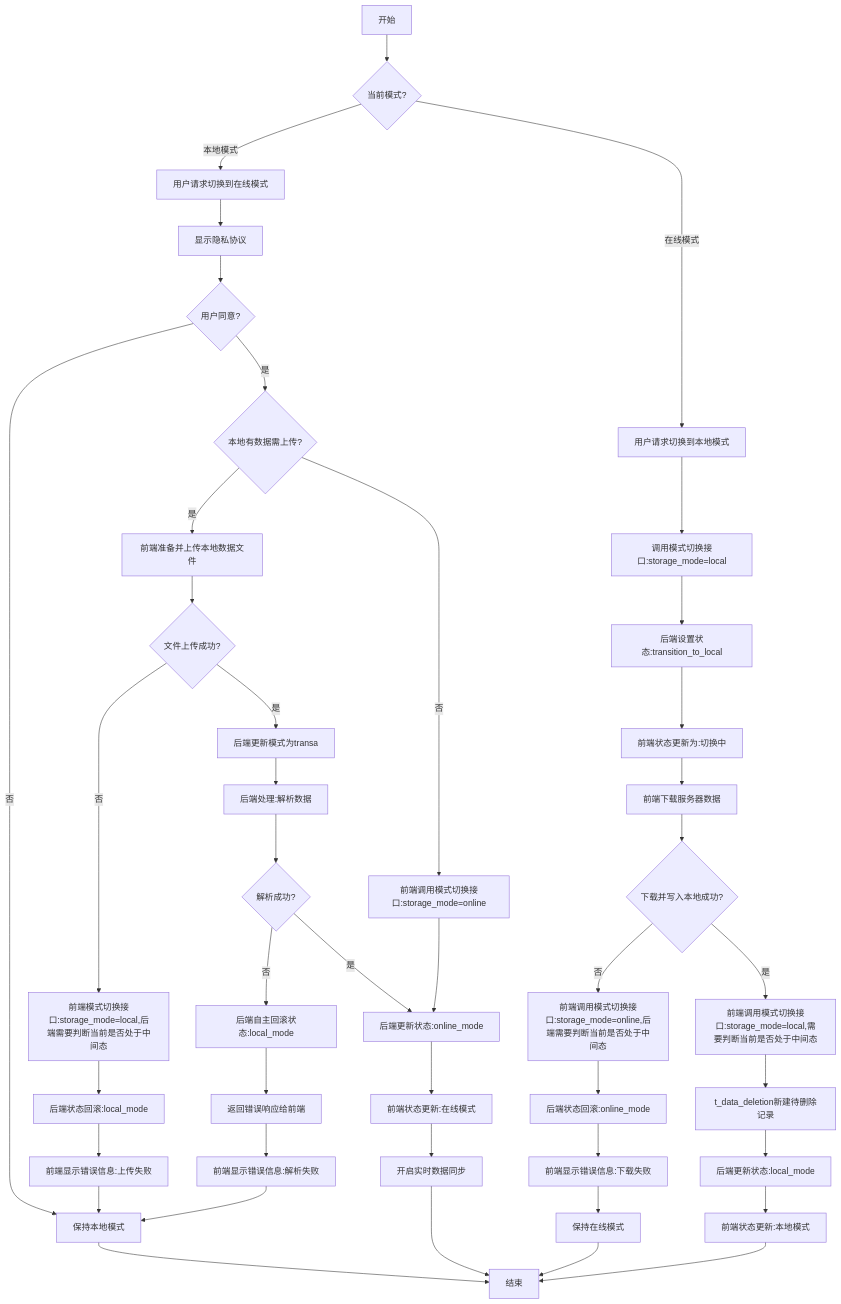
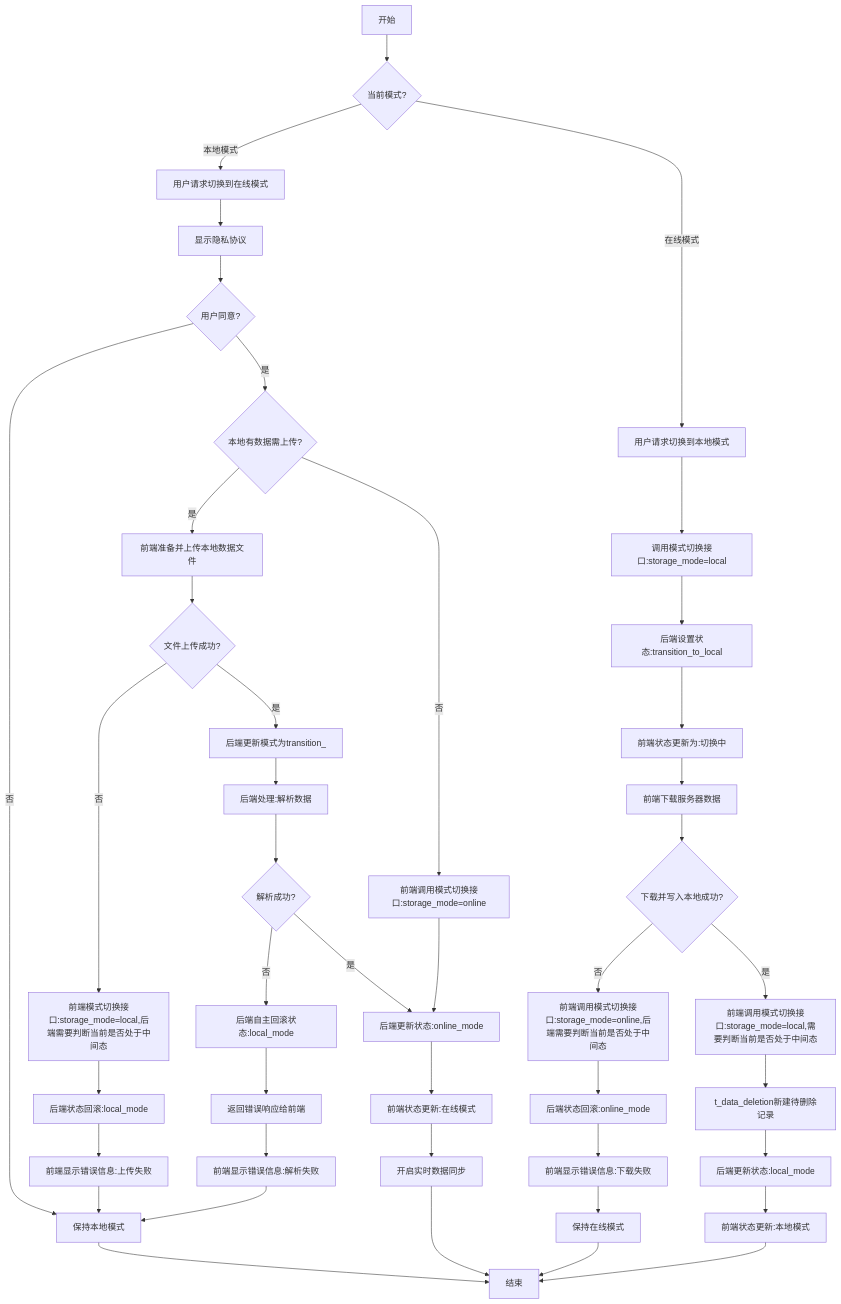
One commit to yingjianzh/iodraw-files changed the diagram in all/未命名-68.md. Above: the diagram before and after it, drawn with Mermaid.

Commit message:
2025-06-04 10:01:21 update

````diff
--- a/all/未命名-68.md
+++ b/all/未命名-68.md
@@ -1,68 +1,68 @@
 ```mermaid
 
 flowchart TD
     A[开始] --> B{当前模式?}
     
     %% 本地模式转在线模式
     B -->|本地模式| C[用户请求切换到在线模式]
     C --> D[显示隐私协议]
     D --> E{用户同意?}
 
 
     E -->|否| F[保持本地模式]
     F --> Z[结束]
     
     E -->|是| J{本地有数据需上传?}
     
     %% 有本地数据需上传的情况
     J -->|是| K[前端准备并上传本地数据文件]
     K --> L{文件上传成功?}
     
     %% 上传失败的情况
     L -->|否| M[前端模式切换接口:storage_mode=local,后端需要判断当前是否处于中间态]
     M --> N[后端状态回滚:local_mode]
     N --> O[前端显示错误信息:上传失败]
     O --> F
     
     %% 上传成功但解析失败的情况
-    L -->|是| G[后端更新模式为transa]
+    L -->|是| G[后端更新模式为transition_]
     G --> P[后端处理:解析数据]
     P --> Q{解析成功?}
     Q -->|否| R[后端自主回滚状态:local_mode]
     R --> S[返回错误响应给前端]
     S --> T[前端显示错误信息:解析失败]
     T --> F
     
     %% 全部成功的情况
     Q -->|是| U[后端更新状态:online_mode]
     J -->|否| V[前端调用模式切换接口:storage_mode=online]
     V --> U
     
     U --> W[前端状态更新:在线模式]
     W --> X[开启实时数据同步]
     X --> Z
     
     %% 在线模式转本地模式
     B -->|在线模式| AA[用户请求切换到本地模式]
     AA --> AB[调用模式切换接口:storage_mode=local]
     AB --> AC[后端设置状态:transition_to_local]
     AC --> AD[前端状态更新为:切换中]
     
     AD --> AE[前端下载服务器数据]
     AE --> AF{下载并写入本地成功?}
     
     %% 下载失败的情况
     AF -->|否| AG[前端调用模式切换接口:storage_mode=online,后端需要判断当前是否处于中间态]
     AG --> AH[后端状态回滚:online_mode]
     AH --> AI[前端显示错误信息:下载失败]
     AI --> AJ[保持在线模式]
     AJ --> Z
     
     %% 下载成功的情况
     AF -->|是| AK[前端调用模式切换接口:storage_mode=local,需要判断当前是否处于中间态]
     AK --> AL[t_data_deletion新建待删除记录]
     AL --> AM[后端更新状态:local_mode]
     AM --> AN[前端状态更新:本地模式]
     AN --> Z
 
 ```
````
